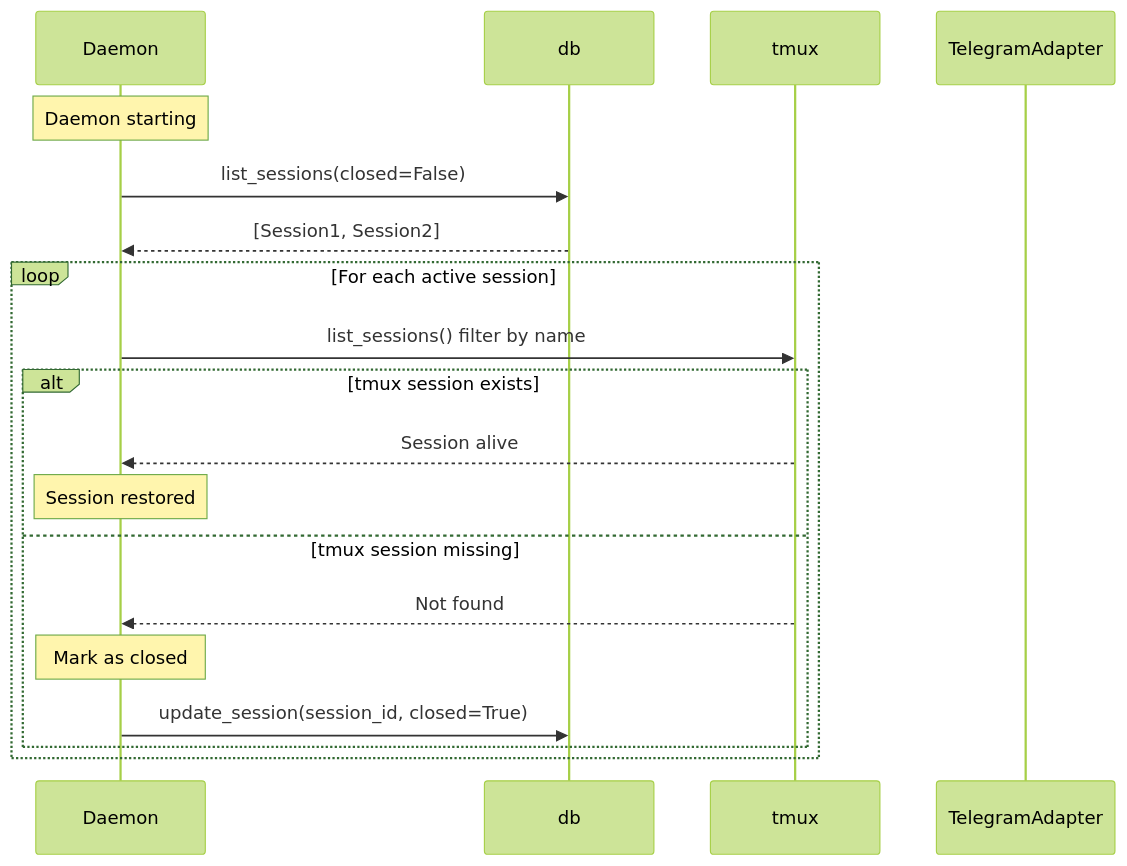
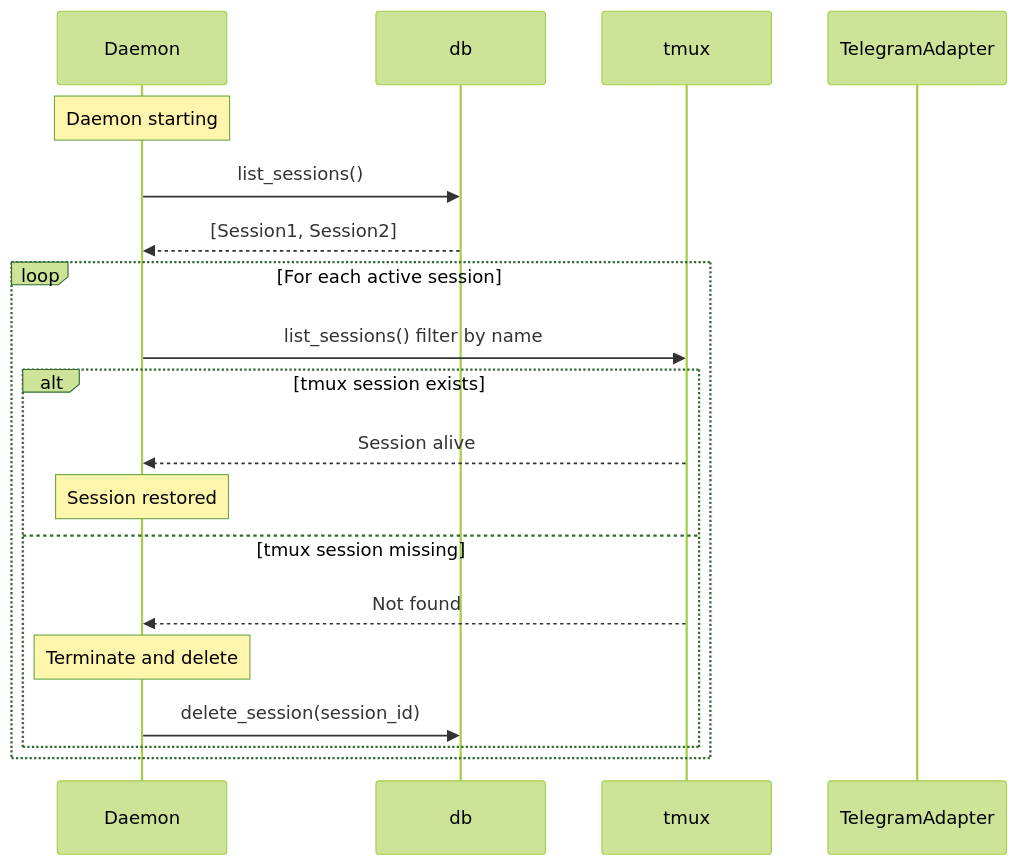
Diagram 11 of 14 in docs/use_cases.md (InstruktAI/TeleClaude), drawn with Mermaid (forest theme) before and after one commit. The commit also changed other lines of this file and 42 other files, not shown here.

````diff
--- a/docs/use_cases.md
+++ b/docs/use_cases.md
@@ -574,24 +574,24 @@
 ```mermaid
 sequenceDiagram
     participant Daemon
     participant DB as db
     participant tmux
     participant TG as TelegramAdapter
 
     Note over Daemon: Daemon starting
-    Daemon->>DB: list_sessions(closed=False)
+    Daemon->>DB: list_sessions()
     DB-->>Daemon: [Session1, Session2]
 
     loop For each active session
         Daemon->>tmux: list_sessions() filter by name
 
         alt tmux session exists
             tmux-->>Daemon: Session alive
             Note over Daemon: Session restored
         else tmux session missing
             tmux-->>Daemon: Not found
-            Note over Daemon: Mark as closed
-            Daemon->>DB: update_session(session_id, closed=True)
+            Note over Daemon: Terminate and delete
+            Daemon->>DB: delete_session(session_id)
         end
     end
 ```
````
